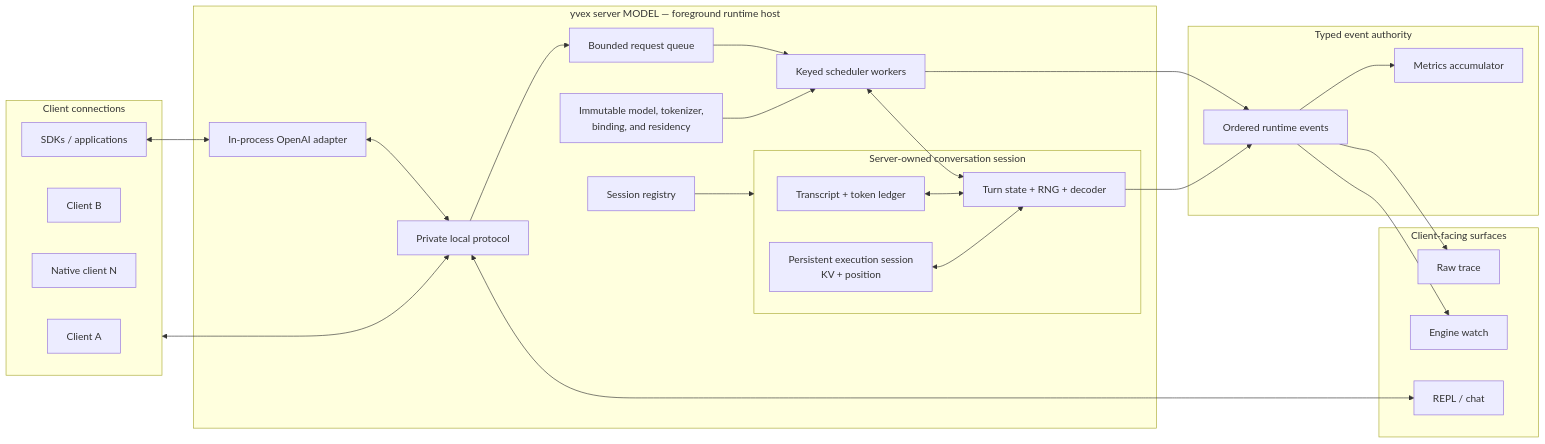
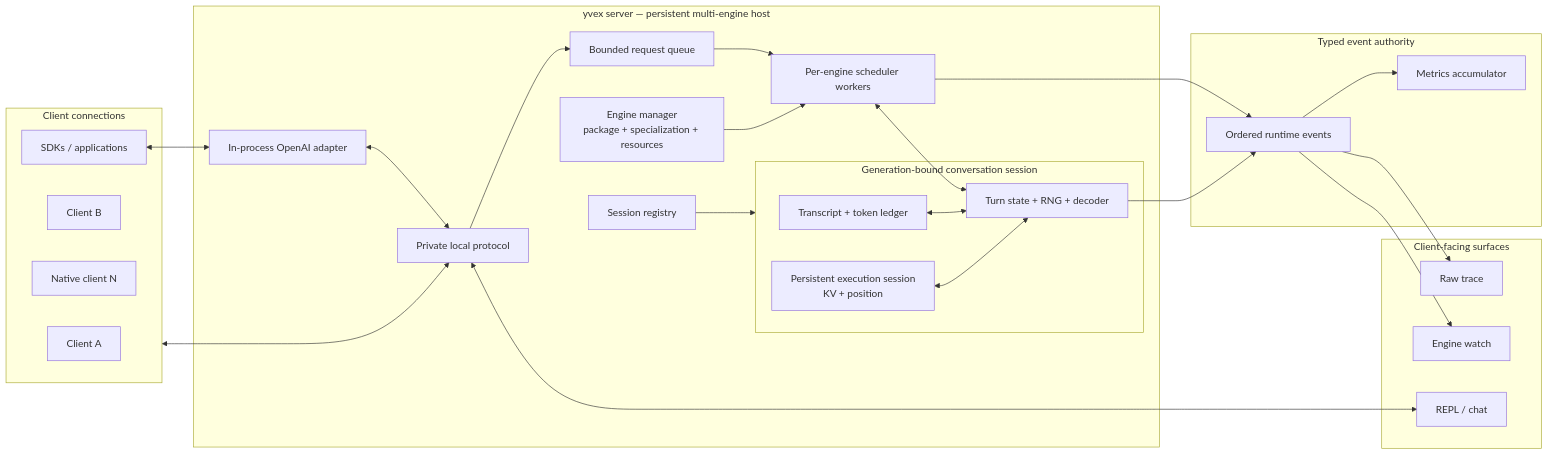
Before and after one commit to yailabs/clori: the diagram in docs/diagrams/runtime_host_sessions.mmd, drawn with Mermaid. The commit also changed 26 other files, not shown here.

Commit message:
docs(architecture): reconcile package engine and host truth

```diff
--- a/docs/diagrams/runtime_host_sessions.mmd
+++ b/docs/diagrams/runtime_host_sessions.mmd
@@ -1,50 +1,50 @@
 flowchart LR
     subgraph clients[Client connections]
         client_a[Client A]
         client_b[Client B]
         native_n[Native client N]
         apps[SDKs / applications]
     end
 
-    subgraph host[yvex server MODEL — foreground runtime host]
+    subgraph host[yvex server — persistent multi-engine host]
         protocol[Private local protocol]
         openai[In-process OpenAI adapter]
-        resources[Immutable model, tokenizer,<br/>binding, and residency]
+        resources[Engine manager<br/>package + specialization + resources]
         queue[Bounded request queue]
-        worker[Keyed scheduler workers]
+        worker[Per-engine scheduler workers]
         registry[Session registry]
 
-        subgraph session[Server-owned conversation session]
+        subgraph session[Generation-bound conversation session]
             transcript[Transcript + token ledger]
             execution[Persistent execution session<br/>KV + position]
             turn[Turn state + RNG + decoder]
         end
 
         protocol --> queue --> worker
         openai <--> protocol
         resources --> worker
         registry --> session
         worker <--> turn
         transcript <--> turn
         execution <--> turn
     end
 
     subgraph telemetry[Typed event authority]
         events[Ordered runtime events]
         metrics[Metrics accumulator]
         events --> metrics
     end
 
     subgraph surfaces[Client-facing surfaces]
         raw[Raw trace]
         watch[Engine watch]
         chat[REPL / chat]
     end
 
     clients <--> protocol
     apps <--> openai
     worker --> events
     turn --> events
     events --> raw
     events --> watch
     protocol <--> chat
```
